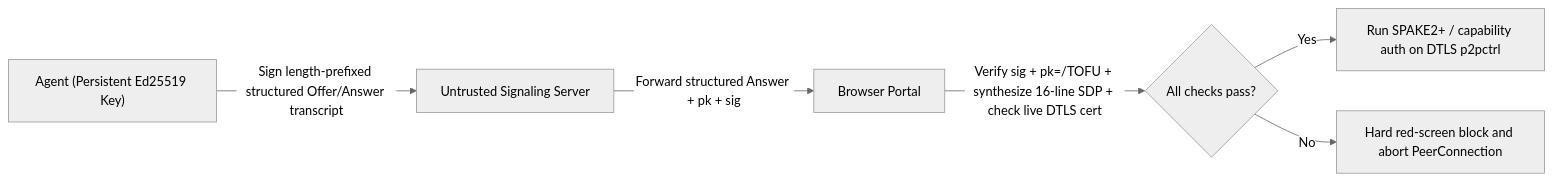
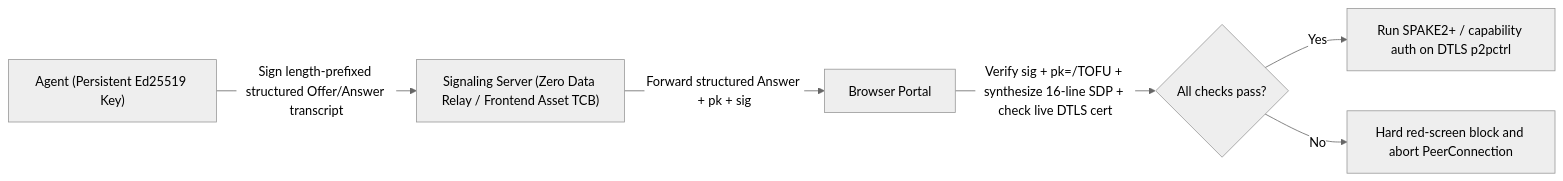
The diagram in docs/en/guide/security.md (BeingNoAbility/WebRTC-Gateway), drawn with Mermaid (neutral theme) before and after one commit. The commit also changed other lines of this file and 118 other files, not shown here.

````diff
--- a/docs/en/guide/security.md
+++ b/docs/en/guide/security.md
@@ -11,8 +11,8 @@
 ```mermaid
 flowchart LR
-    Agent["Agent (Persistent Ed25519 Key)"] -->|"Sign length-prefixed structured Offer/Answer transcript"| Signal["Untrusted Signaling Server"]
+    Agent["Agent (Persistent Ed25519 Key)"] -->|"Sign length-prefixed structured Offer/Answer transcript"| Signal["Signaling Server (Zero Data Relay / Frontend Asset TCB)"]
     Signal -->|"Forward structured Answer + pk + sig"| Portal["Browser Portal"]
     Portal -->|"Verify sig + pk=/TOFU + synthesize 16-line SDP + check live DTLS cert"| Decision{"All checks pass?"}
     Decision -->|"Yes"| DTLS["Run SPAKE2+ / capability auth on DTLS p2pctrl"]
     Decision -->|"No"| Block["Hard red-screen block and abort PeerConnection"]
 ```
````
